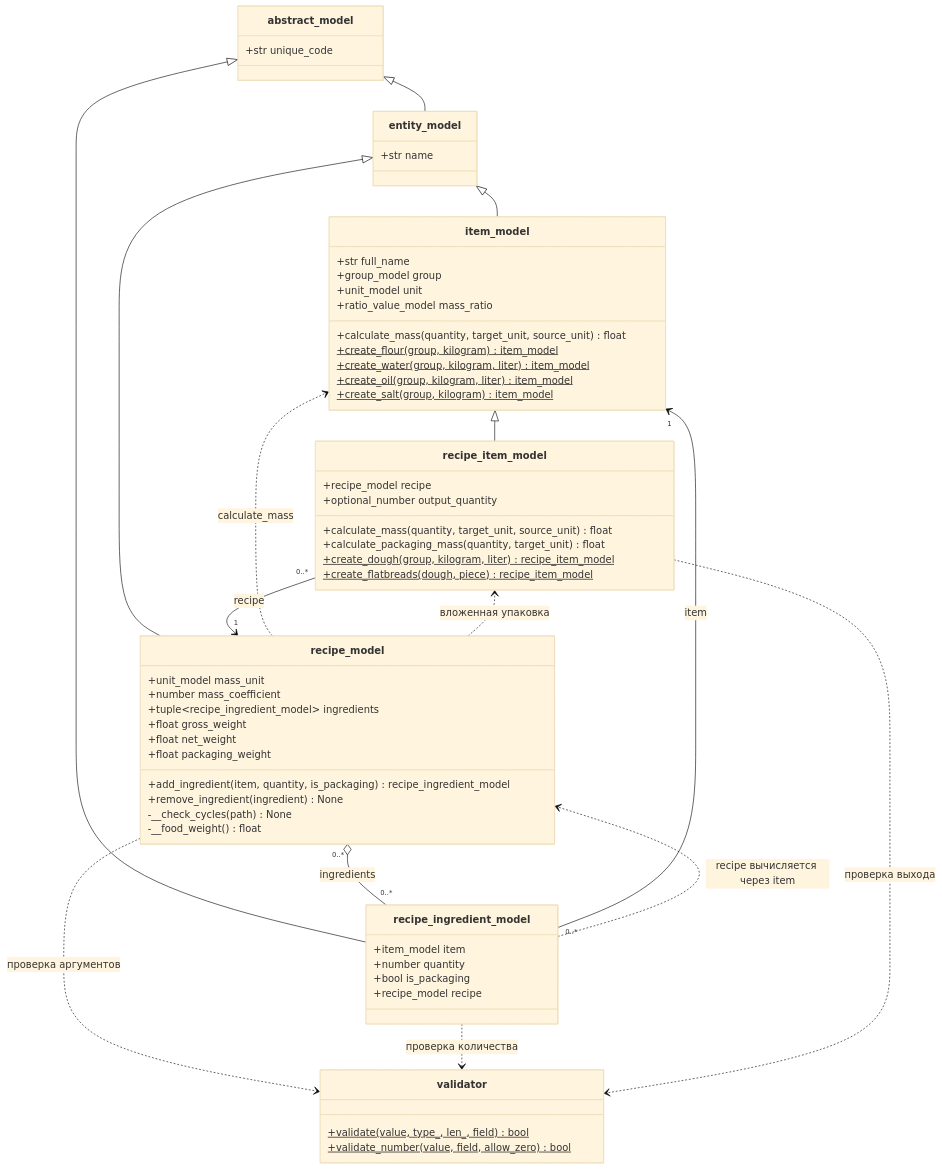
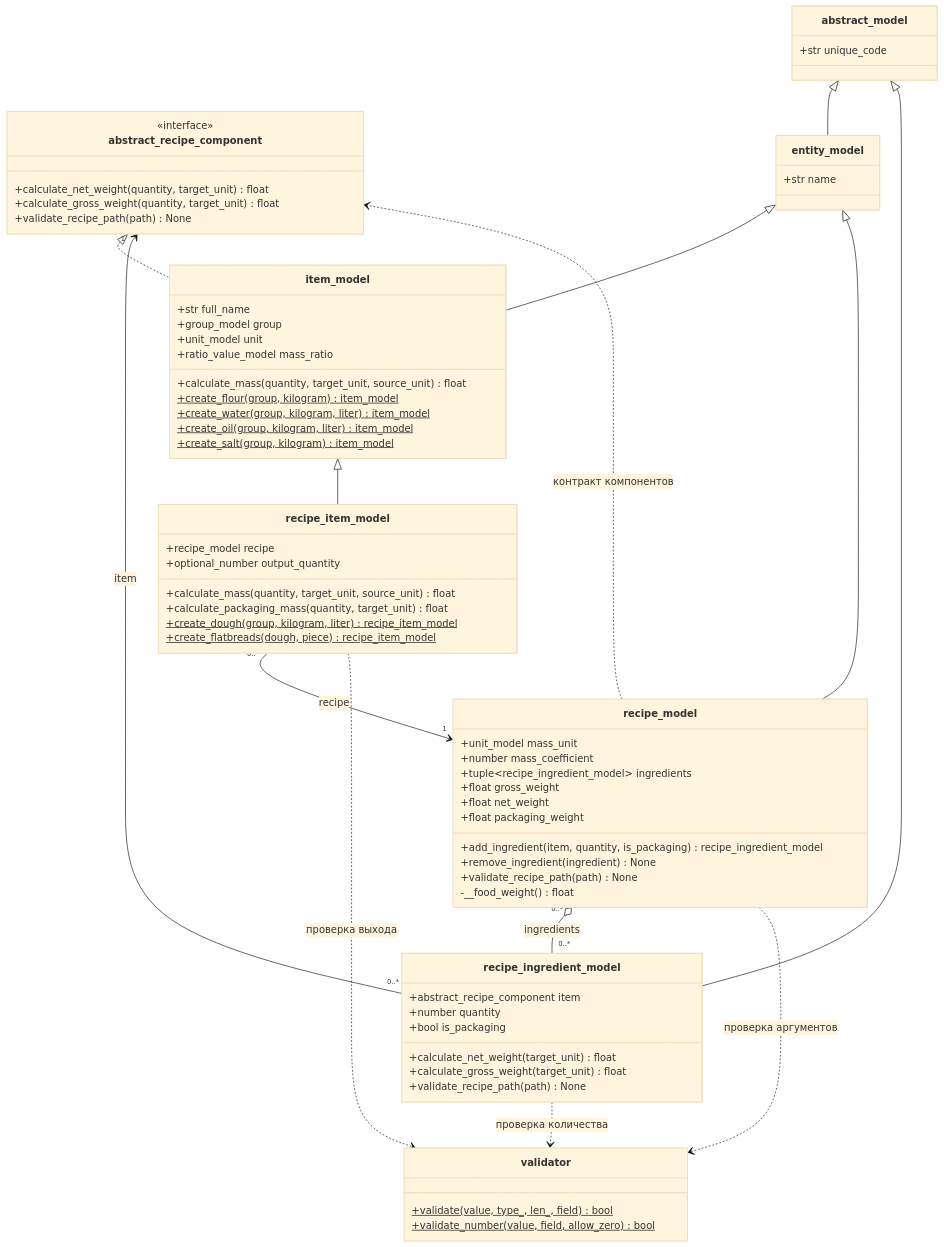
One commit to Zestros/Pattern2026_Fedorov changed the first of 2 diagrams in Docs/recipes_uml.md. Above: the diagram before and after it, drawn with Mermaid (base theme). The commit also changed other lines of this file and 20 other files, not shown here.

````diff
--- a/Docs/recipes_uml.md
+++ b/Docs/recipes_uml.md
@@ -11,68 +11,75 @@
 ```mermaid
 classDiagram
     direction TB
 
+    class abstract_recipe_component {
+        <<interface>>
+        +calculate_net_weight(quantity, target_unit) float
+        +calculate_gross_weight(quantity, target_unit) float
+        +validate_recipe_path(path) None
+    }
     class abstract_model {
         +str unique_code
     }
     class entity_model {
         +str name
     }
     class item_model {
         +str full_name
         +group_model group
         +unit_model unit
         +ratio_value_model mass_ratio
         +calculate_mass(quantity, target_unit, source_unit) float
         +create_flour(group, kilogram) item_model$
         +create_water(group, kilogram, liter) item_model$
         +create_oil(group, kilogram, liter) item_model$
         +create_salt(group, kilogram) item_model$
     }
     class recipe_item_model {
         +recipe_model recipe
         +optional_number output_quantity
         +calculate_mass(quantity, target_unit, source_unit) float
         +calculate_packaging_mass(quantity, target_unit) float
         +create_dough(group, kilogram, liter) recipe_item_model$
         +create_flatbreads(dough, piece) recipe_item_model$
     }
     class recipe_model {
         +unit_model mass_unit
         +number mass_coefficient
         +tuple~recipe_ingredient_model~ ingredients
         +float gross_weight
         +float net_weight
         +float packaging_weight
         +add_ingredient(item, quantity, is_packaging) recipe_ingredient_model
         +remove_ingredient(ingredient) None
-        -__check_cycles(path) None
+        +validate_recipe_path(path) None
         -__food_weight() float
     }
     class recipe_ingredient_model {
-        +item_model item
+        +abstract_recipe_component item
         +number quantity
         +bool is_packaging
-        +recipe_model recipe
+        +calculate_net_weight(target_unit) float
+        +calculate_gross_weight(target_unit) float
+        +validate_recipe_path(path) None
     }
     class validator {
         +validate(value, type_, len_, field) bool$
         +validate_number(value, field, allow_zero) bool$
     }
 
     abstract_model <|-- entity_model
     entity_model <|-- item_model
+    abstract_recipe_component <|.. item_model
     item_model <|-- recipe_item_model
     entity_model <|-- recipe_model
     abstract_model <|-- recipe_ingredient_model
 
     recipe_item_model "0..*" --> "1" recipe_model : recipe
     recipe_model "0..*" o-- "0..*" recipe_ingredient_model : ingredients
-    recipe_ingredient_model "0..*" --> "1" item_model : item
-    recipe_ingredient_model ..> recipe_model : recipe вычисляется через item
-    recipe_model ..> item_model : calculate_mass
-    recipe_model ..> recipe_item_model : вложенная упаковка
+    recipe_ingredient_model "0..*" --> "1" abstract_recipe_component : item
+    recipe_model ..> abstract_recipe_component : контракт компонентов
     recipe_model ..> validator : проверка аргументов
     recipe_ingredient_model ..> validator : проверка количества
     recipe_item_model ..> validator : проверка выхода
 ```
````
